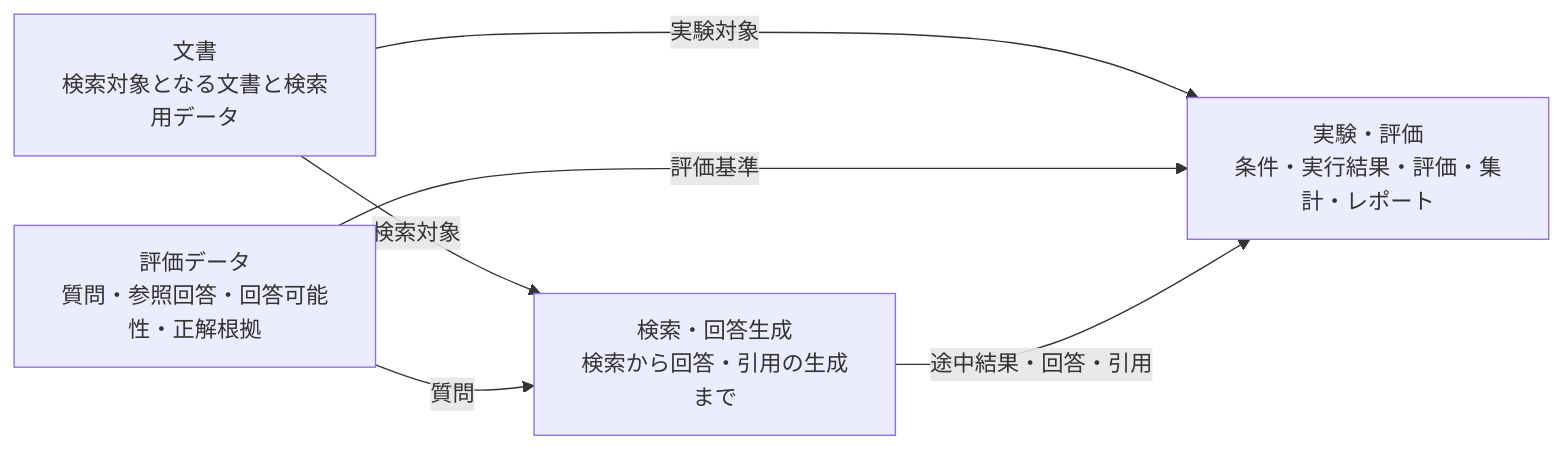
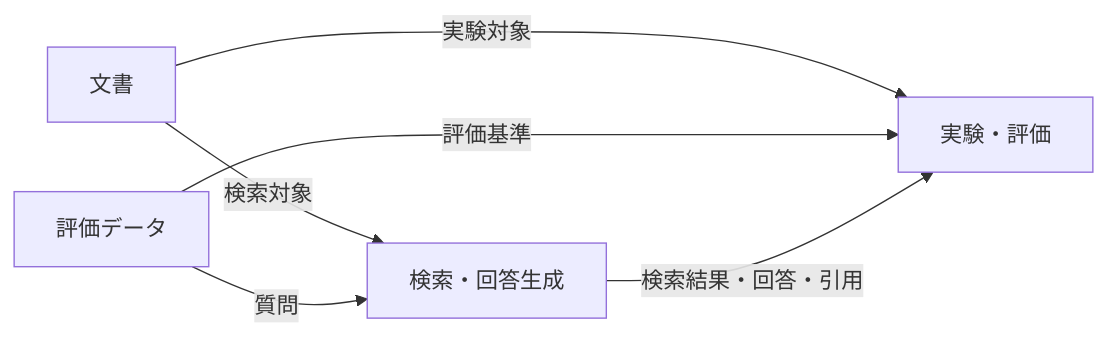
Before and after one commit to takashit16833/RAGScope: the diagram in project-docs/design/RAGScopeドメインモデル.md, drawn with Mermaid. The commit also changed other lines of this file and 64 other files, not shown here.

````diff
--- a/project-docs/design/RAGScopeドメインモデル.md
+++ b/project-docs/design/RAGScopeドメインモデル.md
@@ -21,13 +18,13 @@
 ```mermaid
 flowchart LR
-    Documents["文書<br>検索対象となる文書と検索用データ"]
-    EvaluationData["評価データ<br>質問・参照回答・回答可能性・正解根拠"]
-    RetrievalGeneration["検索・回答生成<br>検索から回答・引用の生成まで"]
-    ExperimentEvaluation["実験・評価<br>条件・実行結果・評価・集計・レポート"]
+    Documents["文書"]
+    EvaluationData["評価データ"]
+    Retrieval["検索・回答生成"]
+    Experiment["実験・評価"]
 
-    Documents -->|"検索対象"| RetrievalGeneration
-    EvaluationData -->|"質問"| RetrievalGeneration
-    Documents -->|"実験対象"| ExperimentEvaluation
-    EvaluationData -->|"評価基準"| ExperimentEvaluation
-    RetrievalGeneration -->|"途中結果・回答・引用"| ExperimentEvaluation
+    Documents -->|"検索対象"| Retrieval
+    EvaluationData -->|"質問"| Retrieval
+    Documents -->|"実験対象"| Experiment
+    EvaluationData -->|"評価基準"| Experiment
+    Retrieval -->|"検索結果・回答・引用"| Experiment
 ```
````
